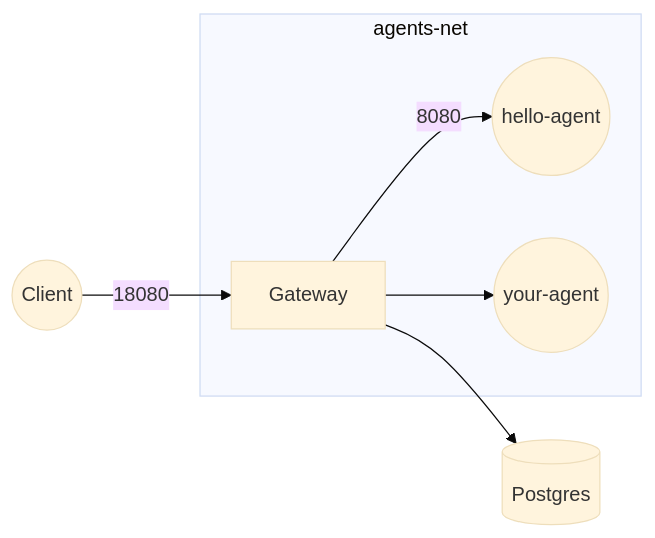
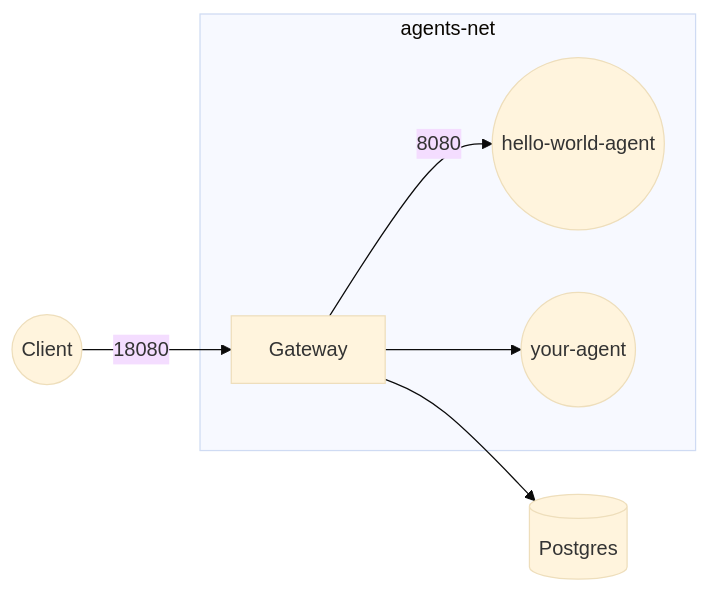
One commit to agentsystems/agent-control-plane changed the diagram in README.md. Above: the diagram before and after it, drawn with Mermaid (base theme). The commit also changed other lines of this file, not shown here.

Commit message:
docs: update agent name from hello-agent to hello-world-agent in README

````diff
--- a/README.md
+++ b/README.md
@@ -22,10 +22,10 @@
 ```mermaid
 graph LR
   C((Client)) -- 18080 --> G[Gateway]
   subgraph "agents-net"
-    G -- 8080 --> A1((hello-agent))
+    G -- 8080 --> A1((hello-world-agent))
     G --> A2((your-agent))
   end
   G --> PG[(Postgres)]
 
 ```
````
